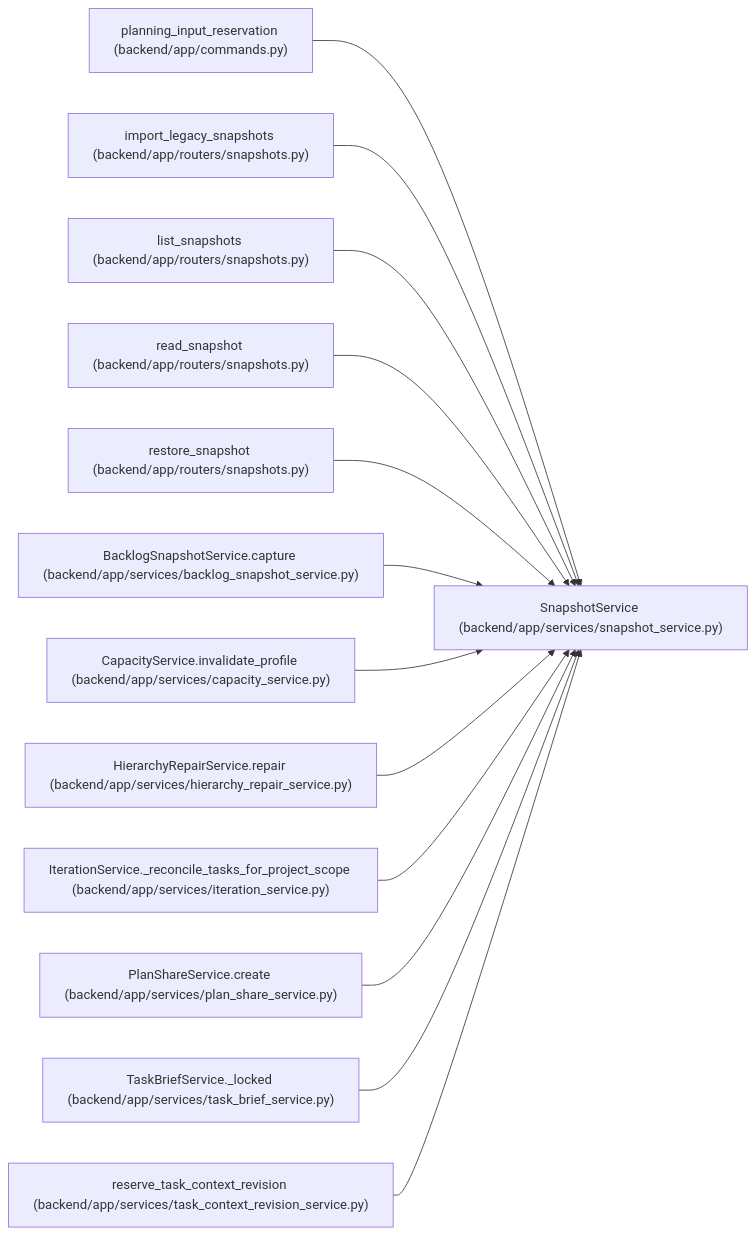
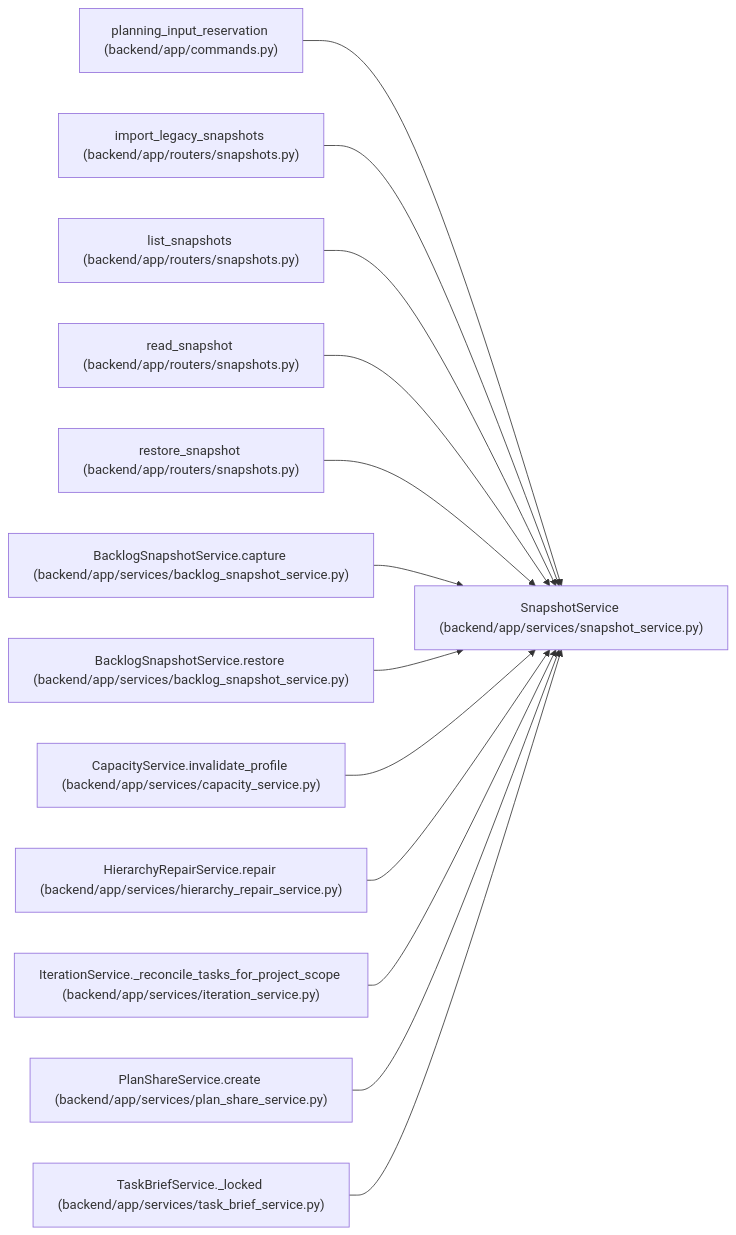
One commit to Denissvgn/WorkChord changed the diagram in docs/llm_wiki/entities/SnapshotService.md. Above: the diagram before and after it, drawn with Mermaid. The commit also changed other lines of this file and 383 other files, not shown here.

````diff
--- a/docs/llm_wiki/entities/SnapshotService.md
+++ b/docs/llm_wiki/entities/SnapshotService.md
@@ -45,41 +48,41 @@
 ```mermaid
 flowchart LR
     n0["SnapshotService (backend/app/services/snapshot_service.py)"]
     n1["planning_input_reservation (backend/app/commands.py)"]
     n2["import_legacy_snapshots (backend/app/routers/snapshots.py)"]
     n3["list_snapshots (backend/app/routers/snapshots.py)"]
     n4["read_snapshot (backend/app/routers/snapshots.py)"]
     n5["restore_snapshot (backend/app/routers/snapshots.py)"]
     n6["BacklogSnapshotService.capture (backend/app/services/backlog_snapshot_service.py)"]
-    n7["CapacityService.invalidate_profile (backend/app/services/capacity_service.py)"]
-    n8["HierarchyRepairService.repair (backend/app/services/hierarchy_repair_service.py)"]
-    n9["IterationService._reconcile_tasks_for_project_scope (backend/app/services/iteration_service.py)"]
-    n10["PlanShareService.create (backend/app/services/plan_share_service.py)"]
-    n11["TaskBriefService._locked (backend/app/services/task_brief_service.py)"]
-    n12["reserve_task_context_revision (backend/app/services/task_context_revision_service.py)"]
+    n7["BacklogSnapshotService.restore (backend/app/services/backlog_snapshot_service.py)"]
+    n8["CapacityService.invalidate_profile (backend/app/services/capacity_service.py)"]
+    n9["HierarchyRepairService.repair (backend/app/services/hierarchy_repair_service.py)"]
+    n10["IterationService._reconcile_tasks_for_project_scope (backend/app/services/iteration_service.py)"]
+    n11["PlanShareService.create (backend/app/services/plan_share_service.py)"]
+    n12["TaskBriefService._locked (backend/app/services/task_brief_service.py)"]
     n1 --> n0
     n2 --> n0
     n3 --> n0
     n4 --> n0
     n5 --> n0
     n6 --> n0
     n7 --> n0
     n8 --> n0
     n9 --> n0
     n10 --> n0
     n11 --> n0
     n12 --> n0
     click n0 "../modules/snapshot_service.md"
     click n1 "../modules/commands.md"
     click n2 "../modules/snapshots.md"
     click n3 "../modules/snapshots.md"
     click n4 "../modules/snapshots.md"
     click n5 "../modules/snapshots.md"
     click n6 "../modules/backlog_snapshot_service.md"
-    click n7 "../modules/capacity_service.md"
-    click n8 "../modules/hierarchy_repair_service.md"
-    click n9 "../modules/iteration_service.md"
-    click n10 "../modules/plan_share_service.md"
-    click n11 "../modules/task_brief_service.md"
-    click n12 "../modules/task_context_revision_service.md"
+    click n7 "../modules/backlog_snapshot_service.md"
+    click n8 "../modules/capacity_service.md"
+    click n9 "../modules/hierarchy_repair_service.md"
+    click n10 "../modules/iteration_service.md"
+    click n11 "../modules/plan_share_service.md"
+    click n12 "../modules/task_brief_service.md"
 ```
````
